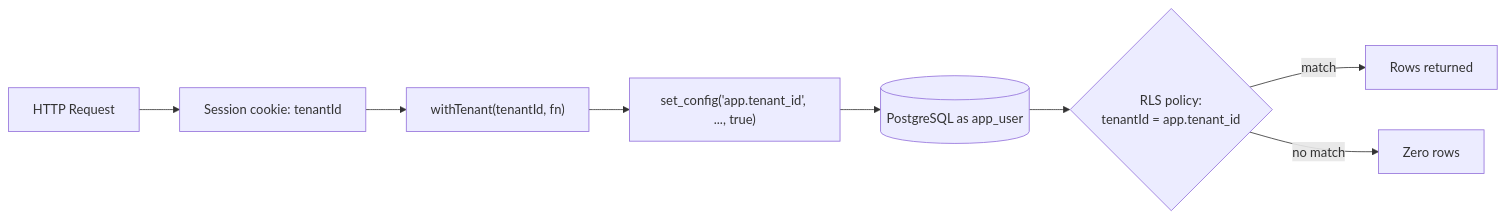
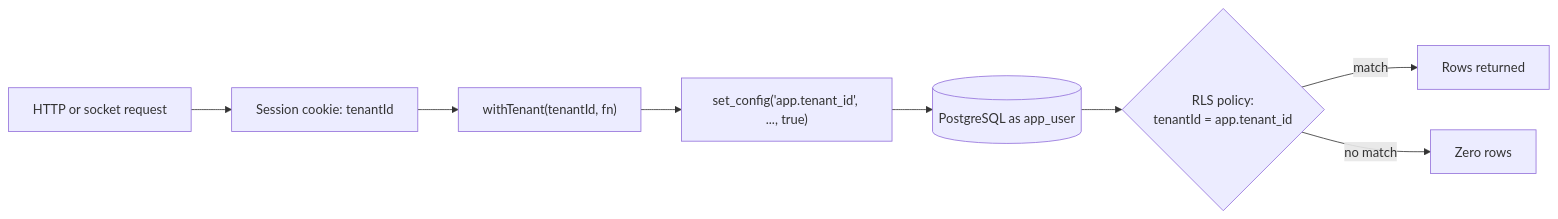
Before and after one commit to Tooba-Tanvir/tenantbook: the fourth of 4 diagrams in README.md, drawn with Mermaid. The commit also changed other lines of this file and 15 other files, not shown here.

````diff
--- a/README.md
+++ b/README.md
@@ -229,10 +322,10 @@
 ```mermaid
 flowchart LR
-  A[HTTP Request] --> B[Session cookie: tenantId]
+  A[HTTP or socket request] --> B[Session cookie: tenantId]
   B --> C["withTenant(tenantId, fn)"]
   C --> D["set_config('app.tenant_id', ..., true)"]
   D --> E[(PostgreSQL as app_user)]
   E --> F{RLS policy:<br/>tenantId = app.tenant_id}
   F -->|match| G[Rows returned]
   F -->|no match| H[Zero rows]
 ```
````
